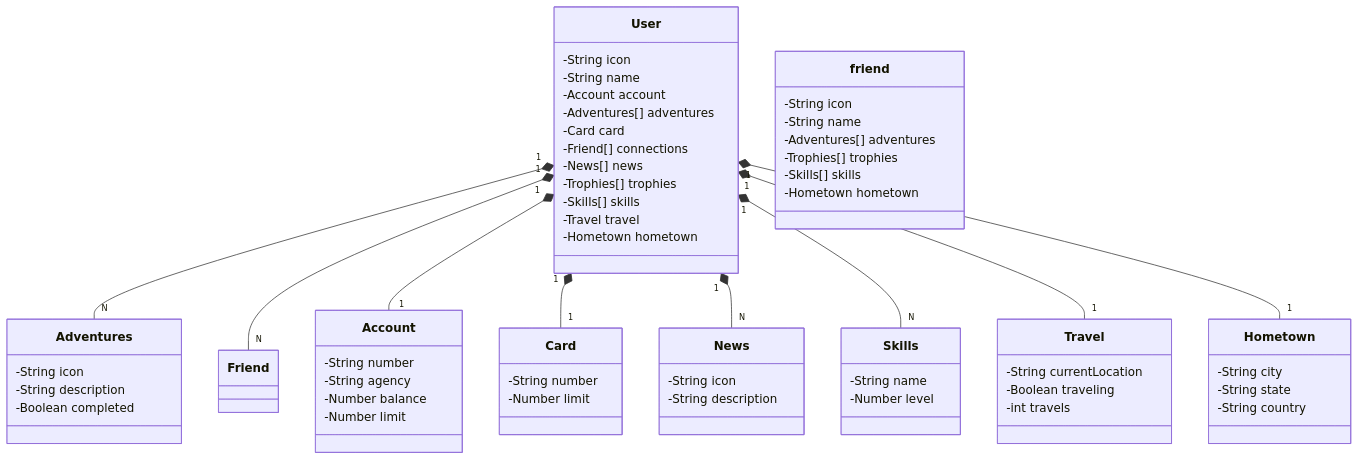
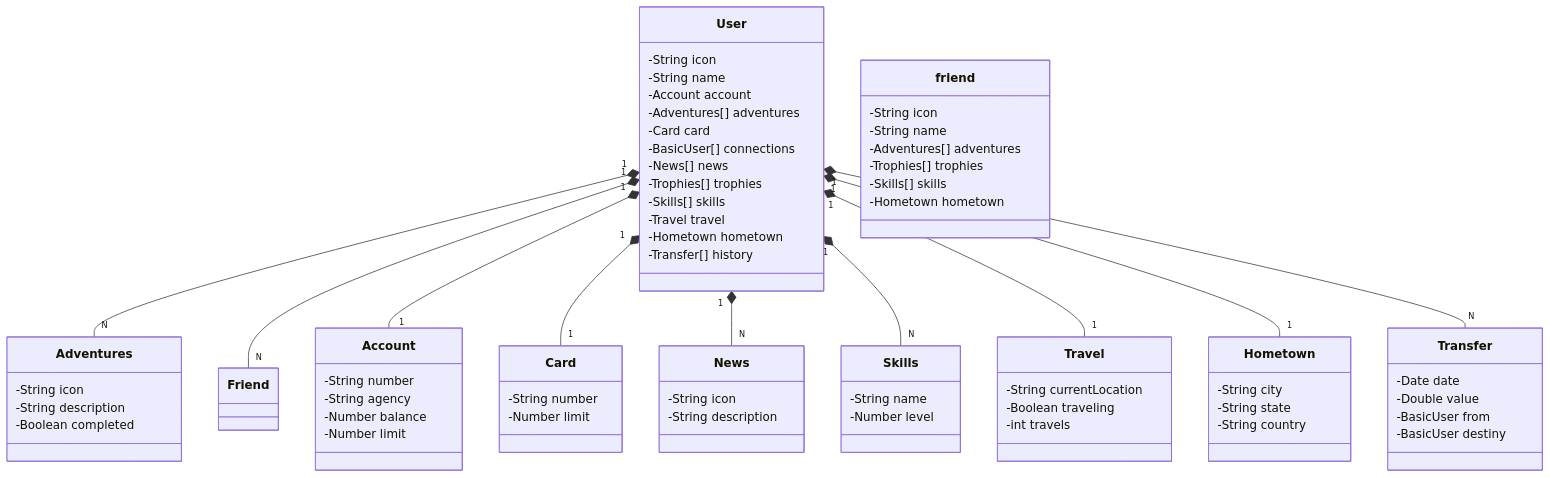
One commit to RyanPatrickBig/DIO-santander-dev-week-2023-api changed the diagram in README.md. Above: the diagram before and after it, drawn with Mermaid.

````diff
--- a/README.md
+++ b/README.md
@@ -19,12 +19,13 @@
     -Account account
     -Adventures[] adventures
     -Card card
-    -Friend[] connections
+    -BasicUser[] connections
     -News[] news
     -Trophies[] trophies
     -Skills[] skills
     -Travel travel
     -Hometown hometown
+    -Transfer[] history
   }
 
   class Account {
@@ -76,6 +77,13 @@
     -String country
   }
 
+   class Transfer {
+     -Date date
+     -Double value
+     -BasicUser from
+     -BasicUser destiny
+   }
+
   User "1" *-- "N" Adventures
   User "1" *-- "N" Friend
   User "1" *-- "1" Account
@@ -84,4 +92,5 @@
   User "1" *-- "N" Skills
   User "1" *-- "1" Travel
   User "1" *-- "1" Hometown
+  User "1" *-- "N" Transfer
 ```
````
